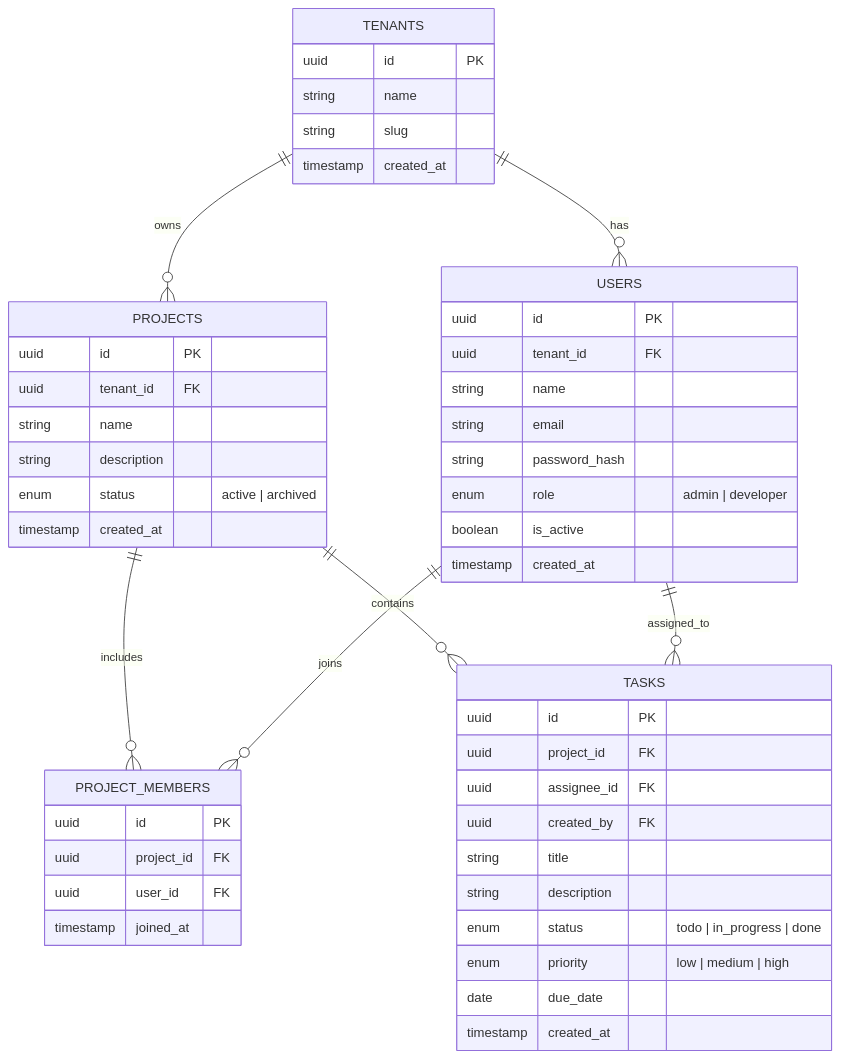
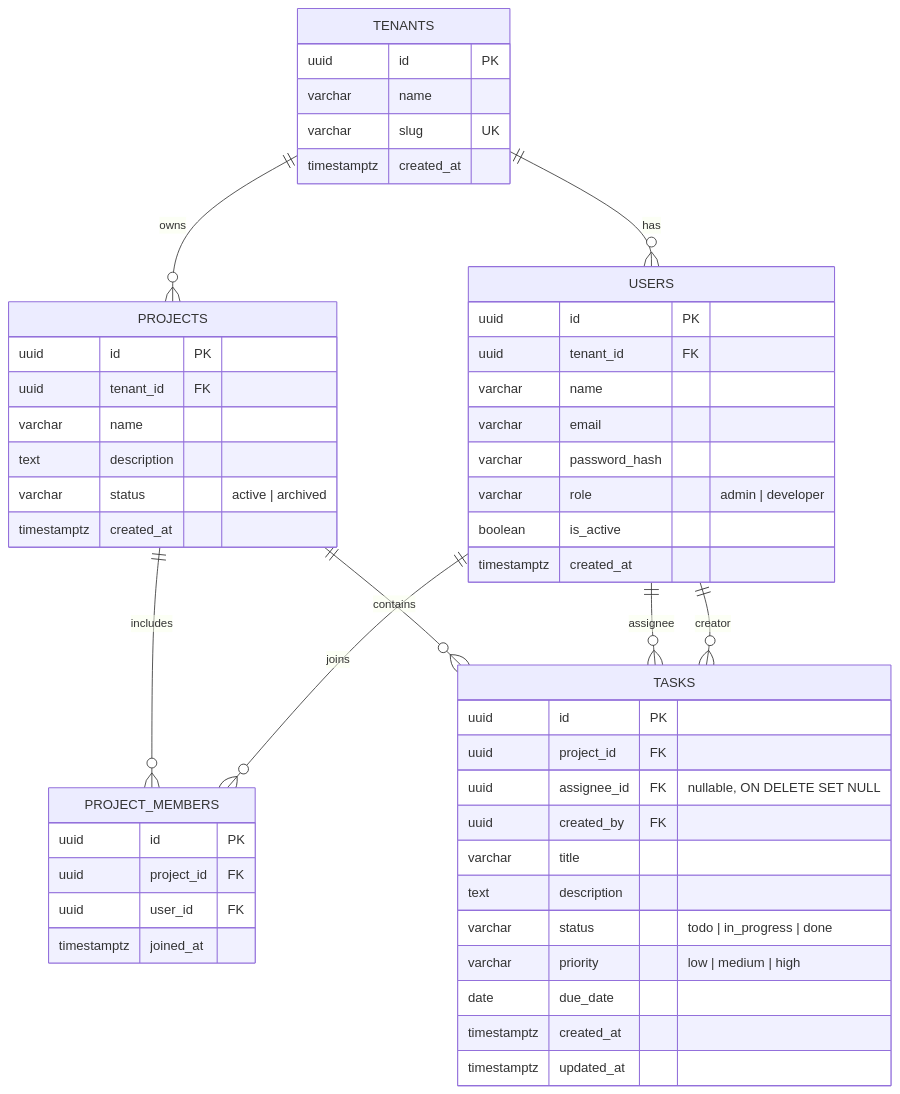
One commit to sagnik26/Task-Manager changed the third of 3 diagrams in README.md. Above: the diagram before and after it, drawn with Mermaid. The commit also changed other lines of this file and 5 other files, not shown here.

````diff
--- a/README.md
+++ b/README.md
@@ -64,51 +117,54 @@
 ```mermaid
 erDiagram
-  TENANTS {
-    uuid id PK
-    string name
-    string slug
-    timestamp created_at
-  }
-  USERS {
-    uuid id PK
-    uuid tenant_id FK
-    string name
-    string email
-    string password_hash
-    enum role "admin | developer"
-    boolean is_active
-    timestamp created_at
-  }
-  PROJECTS {
-    uuid id PK
-    uuid tenant_id FK
-    string name
-    string description
-    enum status "active | archived"
-    timestamp created_at
-  }
-  PROJECT_MEMBERS {
-    uuid id PK
-    uuid project_id FK
-    uuid user_id FK
-    timestamp joined_at
-  }
-  TASKS {
-    uuid id PK
-    uuid project_id FK
-    uuid assignee_id FK
-    uuid created_by FK
-    string title
-    string description
-    enum status "todo | in_progress | done"
-    enum priority "low | medium | high"
-    date due_date
-    timestamp created_at
-  }
-  TENANTS ||--o{ USERS : has
-  TENANTS ||--o{ PROJECTS : owns
-  PROJECTS ||--o{ PROJECT_MEMBERS : includes
-  USERS ||--o{ PROJECT_MEMBERS : joins
-  PROJECTS ||--o{ TASKS : contains
-  USERS ||--o{ TASKS : assigned_to
+    TENANTS ||--o{ USERS : has
+    TENANTS ||--o{ PROJECTS : owns
+    PROJECTS ||--o{ PROJECT_MEMBERS : includes
+    USERS ||--o{ PROJECT_MEMBERS : joins
+    PROJECTS ||--o{ TASKS : contains
+    USERS ||--o{ TASKS : assignee
+    USERS ||--o{ TASKS : creator
+
+    TENANTS {
+        uuid id PK
+        varchar name
+        varchar slug UK
+        timestamptz created_at
+    }
+    USERS {
+        uuid id PK
+        uuid tenant_id FK
+        varchar name
+        varchar email
+        varchar password_hash
+        varchar role "admin | developer"
+        boolean is_active
+        timestamptz created_at
+    }
+    PROJECTS {
+        uuid id PK
+        uuid tenant_id FK
+        varchar name
+        text description
+        varchar status "active | archived"
+        timestamptz created_at
+    }
+    PROJECT_MEMBERS {
+        uuid id PK
+        uuid project_id FK
+        uuid user_id FK
+        timestamptz joined_at
+    }
+    TASKS {
+        uuid id PK
+        uuid project_id FK
+        uuid assignee_id FK "nullable, ON DELETE SET NULL"
+        uuid created_by FK
+        varchar title
+        text description
+        varchar status "todo | in_progress | done"
+        varchar priority "low | medium | high"
+        date due_date
+        timestamptz created_at
+        timestamptz updated_at
+    }
 ```
````
